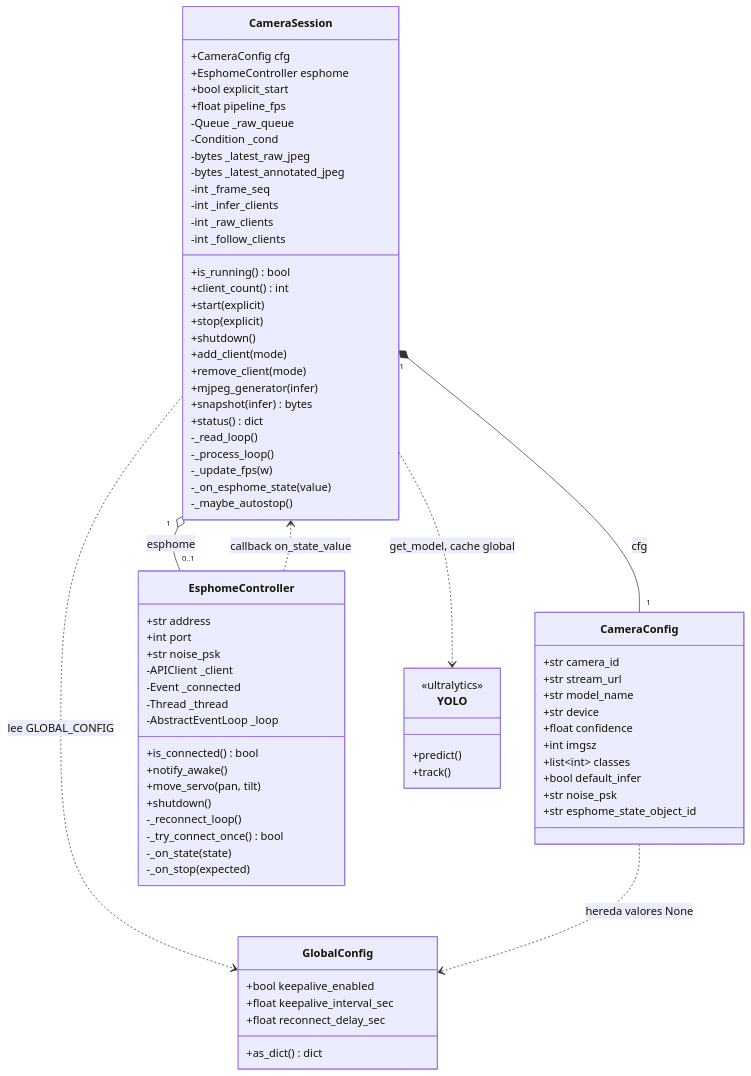
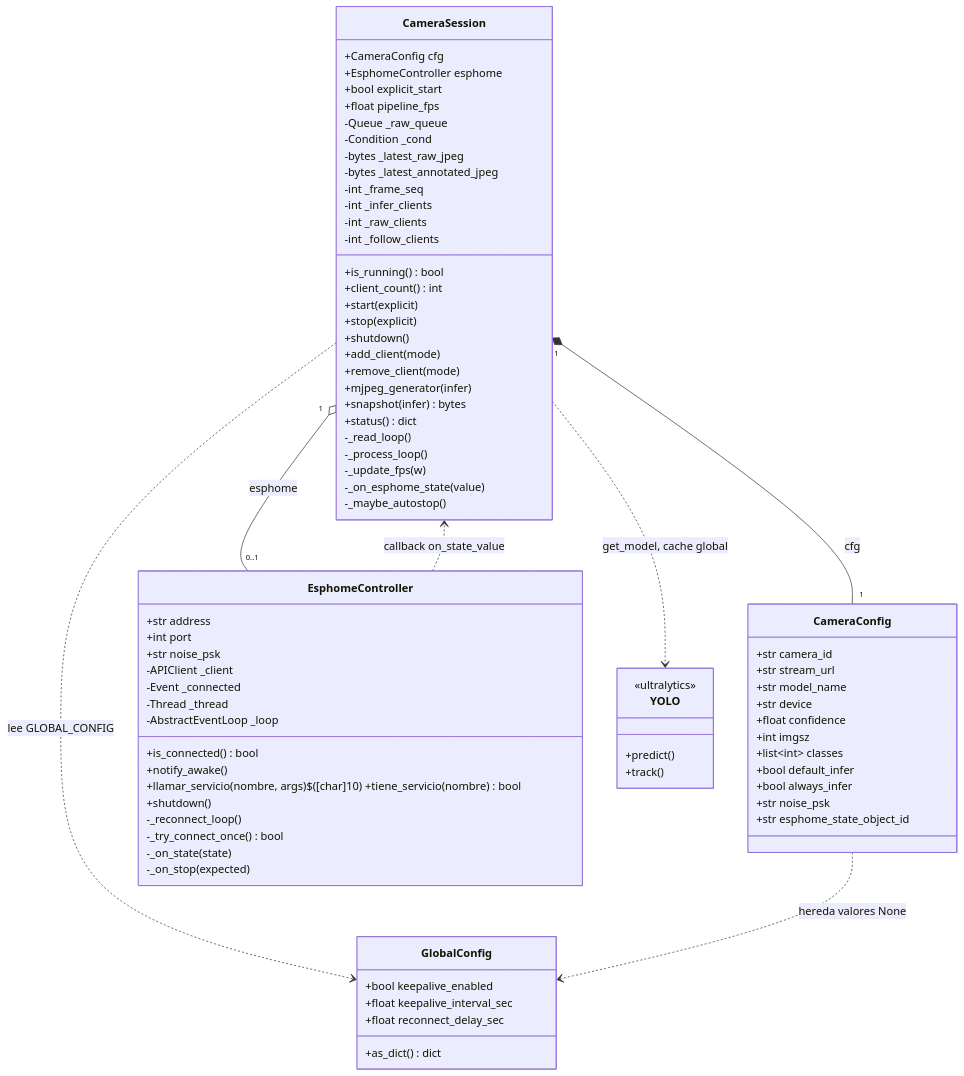
One commit to buho29/smart-sentry changed the first of 5 diagrams in detect/docs/ARQUITECTURA.md. Above: the diagram before and after it, drawn with Mermaid. The commit also changed other lines of this file and 15 other files, not shown here.

```diff
--- a/detect/docs/ARQUITECTURA.md
+++ b/detect/docs/ARQUITECTURA.md
@@ -751,6 +816,7 @@
         +int imgsz
         +list~int~ classes
         +bool default_infer
+        +bool always_infer
         +str noise_psk
         +str esphome_state_object_id
     }
@@ -795,7 +861,7 @@
         -AbstractEventLoop _loop
         +is_connected() bool
         +notify_awake()
-        +move_servo(pan, tilt)
+        +llamar_servicio(nombre, args)$([char]10)        +tiene_servicio(nombre) bool
         +shutdown()
         -_reconnect_loop()
         -_try_connect_once() bool
```
